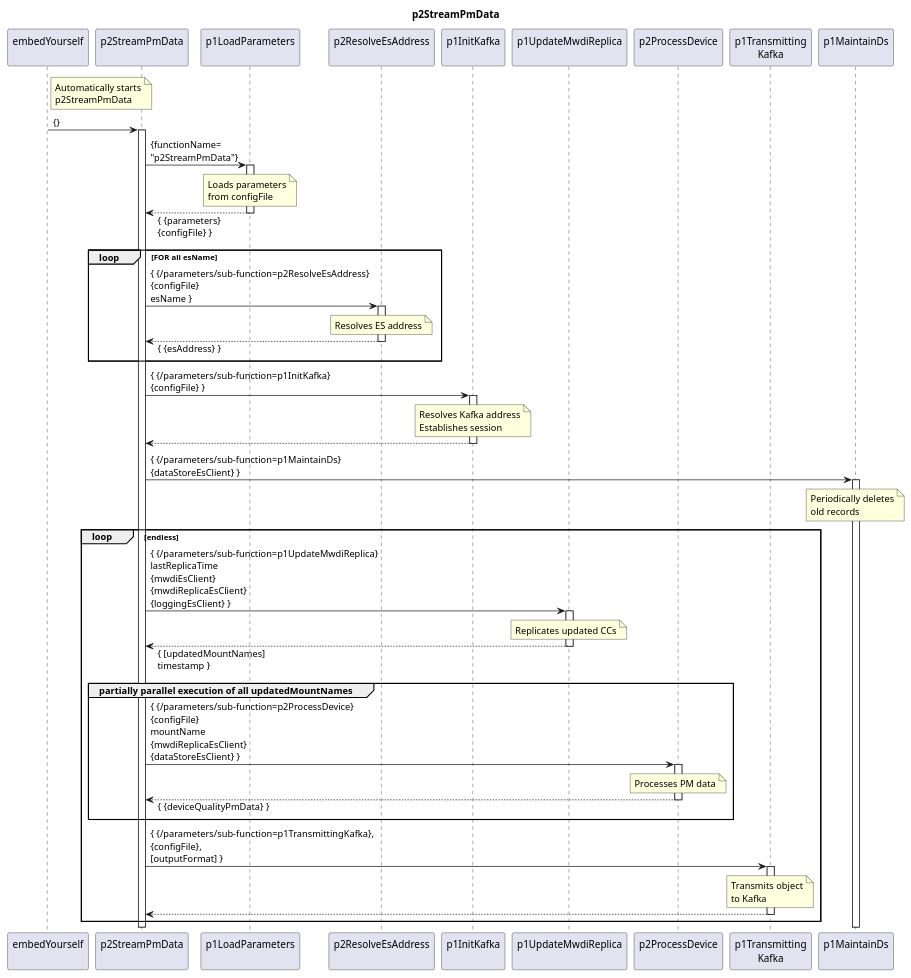
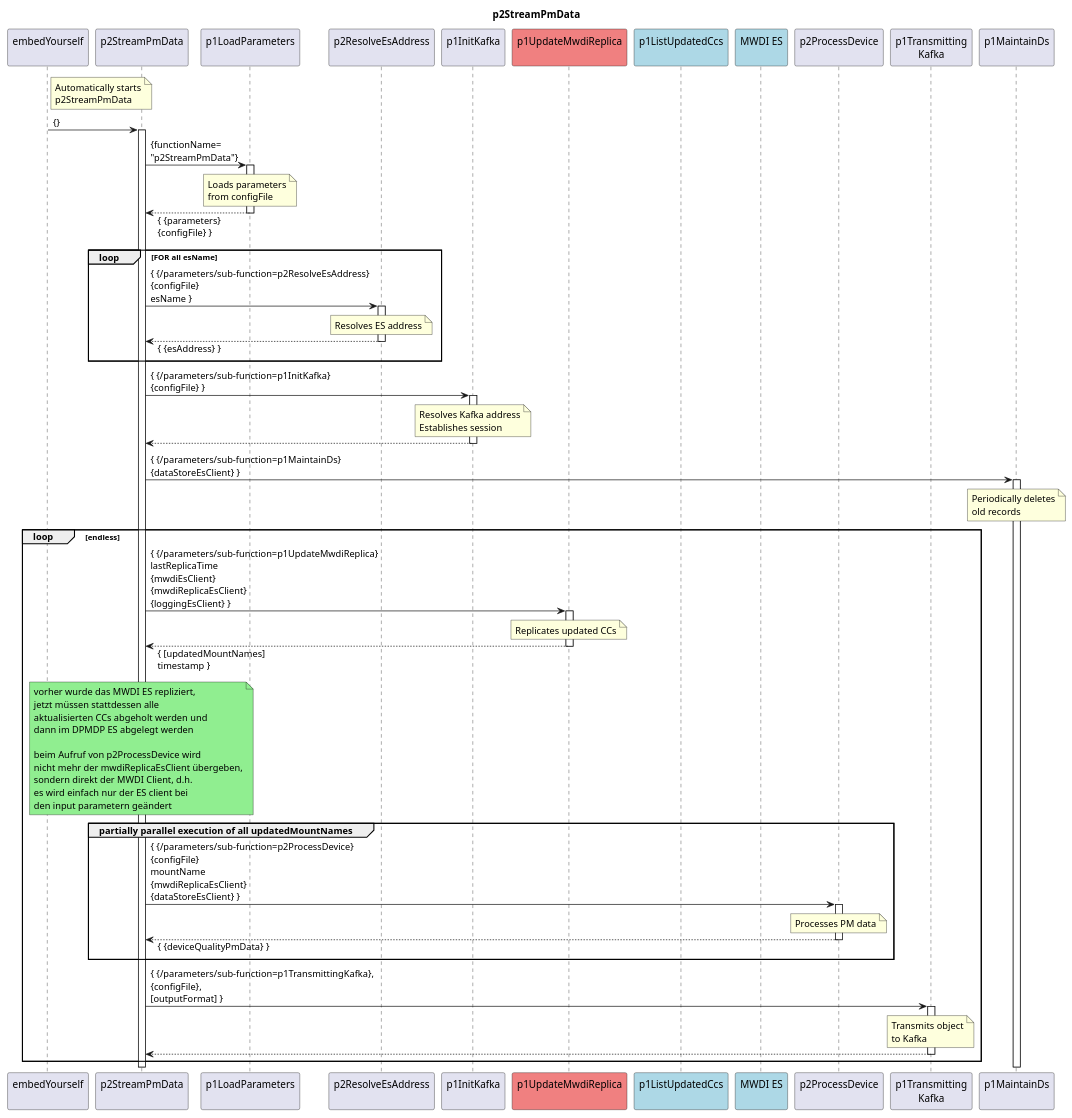
The diagram in spec/Functions/__new and changed functions/p2StreamPmData/1.1.0/p2StreamPmData.plantuml (openBackhaul/DevicePerformanceManagementDataProcessor), drawn with PlantUML before and after one commit. The commit also changed 25 other files, not shown here.

```diff
--- a/spec/Functions/__new and changed functions/p2StreamPmData/1.1.0/p2StreamPmData.plantuml
+++ b/spec/Functions/__new and changed functions/p2StreamPmData/1.1.0/p2StreamPmData.plantuml
@@ -1,95 +1,116 @@
 @startuml p2StreamPmData
 skinparam responseMessageBelowArrow true
 
 title
   p2StreamPmData
 end title
 
 participant "embedYourself\n" as embed
 participant "p2StreamPmData\n" as p2Stream
 participant "p1LoadParameters\n" as p1LP
 participant "p2ResolveEsAddress\n" as p1REA
 participant "p1InitKafka\n" as p1InitKafka
-participant "p1UpdateMwdiReplica\n" as p1UMR
+participant "p1UpdateMwdiReplica\n" as p1UMR  #LightCoral
+participant "p1ListUpdatedCcs\n" as p1UpdatedCcs #LightBlue
+participant "MWDI ES\n" as mwdi #LightBlue
 participant "p2ProcessDevice\n" as p2ProcessDev
 participant "p1Transmitting\nKafka" as p1Trans
 participant "p1MaintainDs\n" as p1MDS
 
 note right embed
   Automatically starts
   p2StreamPmData
 end note
 embed -> p2Stream : {}
 activate p2Stream
 
+  ' load parameters
   p2Stream -> p1LP : {functionName=\n"p2StreamPmData"}
   activate p1LP
     note over p1LP
       Loads parameters
       from configFile
     end note
   p2Stream <-- p1LP : { {parameters}\n{configFile} }
   deactivate p1LP
 
+  ' resolve ES addresses
   loop FOR all esName
     p2Stream -> p1REA : { {/parameters/sub-function=p2ResolveEsAddress}\n{configFile}\nesName }
     activate p1REA
       note over p1REA
         Resolves ES address
       end note
     p2Stream <-- p1REA : { {esAddress} }
     deactivate p1REA
   end loop
 
+    ' init Kafka
     p2Stream -> p1InitKafka : { {/parameters/sub-function=p1InitKafka}\n{configFile} }
     activate p1InitKafka
 
       note over p1InitKafka
         Resolves Kafka address
         Establishes session
       end note
 
     p2Stream <-- p1InitKafka
     deactivate p1InitKafka
 
+
+  ' maintainDS
   p2Stream -> p1MDS : { {/parameters/sub-function=p1MaintainDs}\n{dataStoreEsClient} }
   activate p1MDS
     note over p1MDS
       Periodically deletes
       old records
     end note
 
   loop endless
 
+    ' replicate MWDI ES - to be replaced
     p2Stream -> p1UMR : { {/parameters/sub-function=p1UpdateMwdiReplica}\nlastReplicaTime\n{mwdiEsClient}\n{mwdiReplicaEsClient}\n{loggingEsClient} }
     activate p1UMR
       note over p1UMR
         Replicates updated CCs
       end note
     p2Stream <-- p1UMR : { [updatedMountNames]\ntimestamp }
     deactivate p1UMR
 
+    note over p2Stream #LightGreen
+      vorher wurde das MWDI ES repliziert,
+      jetzt müssen stattdessen alle
+      aktualisierten CCs abgeholt werden und
+      dann im DPMDP ES abgelegt werden
+
+      beim Aufruf von p2ProcessDevice wird
+      nicht mehr der mwdiReplicaEsClient übergeben,
+      sondern direkt der MWDI Client, d.h.
+      es wird einfach nur der ES client bei
+      den input parametern geändert
+    end note
+  
     group partially parallel execution of all updatedMountNames
       p2Stream -> p2ProcessDev : { {/parameters/sub-function=p2ProcessDevice}\n{configFile}\nmountName\n{mwdiReplicaEsClient}\n{dataStoreEsClient} }
       activate p2ProcessDev
         note over p2ProcessDev
           Processes PM data
         end note
       p2Stream <-- p2ProcessDev: { {deviceQualityPmData} }
       deactivate p2ProcessDev
     end group
 
   p2Stream -> p1Trans : { {/parameters/sub-function=p1TransmittingKafka},\n{configFile},\n[outputFormat] }
   activate p1Trans
 
     note over p1Trans
       Transmits object
       to Kafka
     end note
 
   p2Stream <-- p1Trans
   deactivate p1Trans
 
   end loop
 
 @enduml
```
